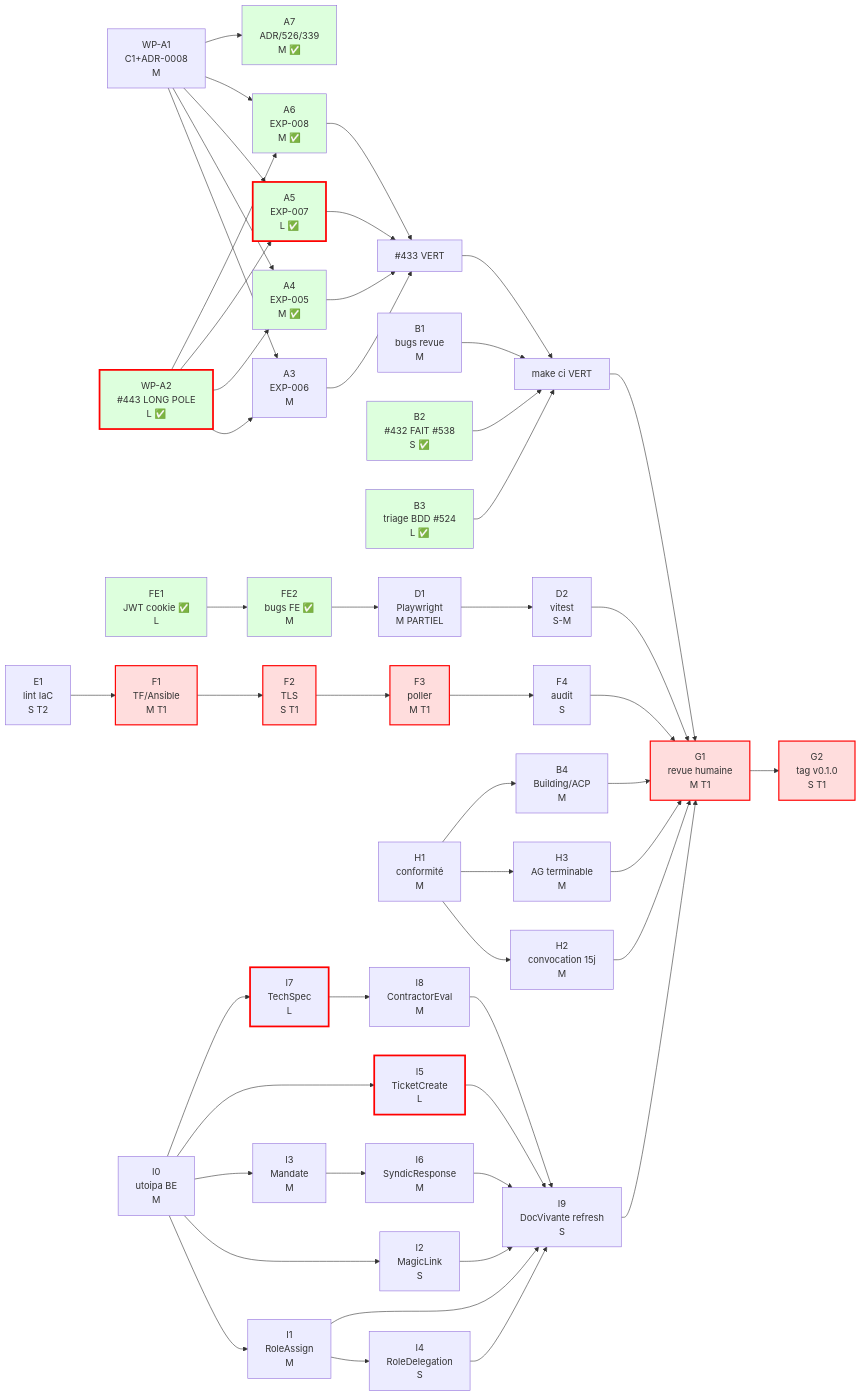
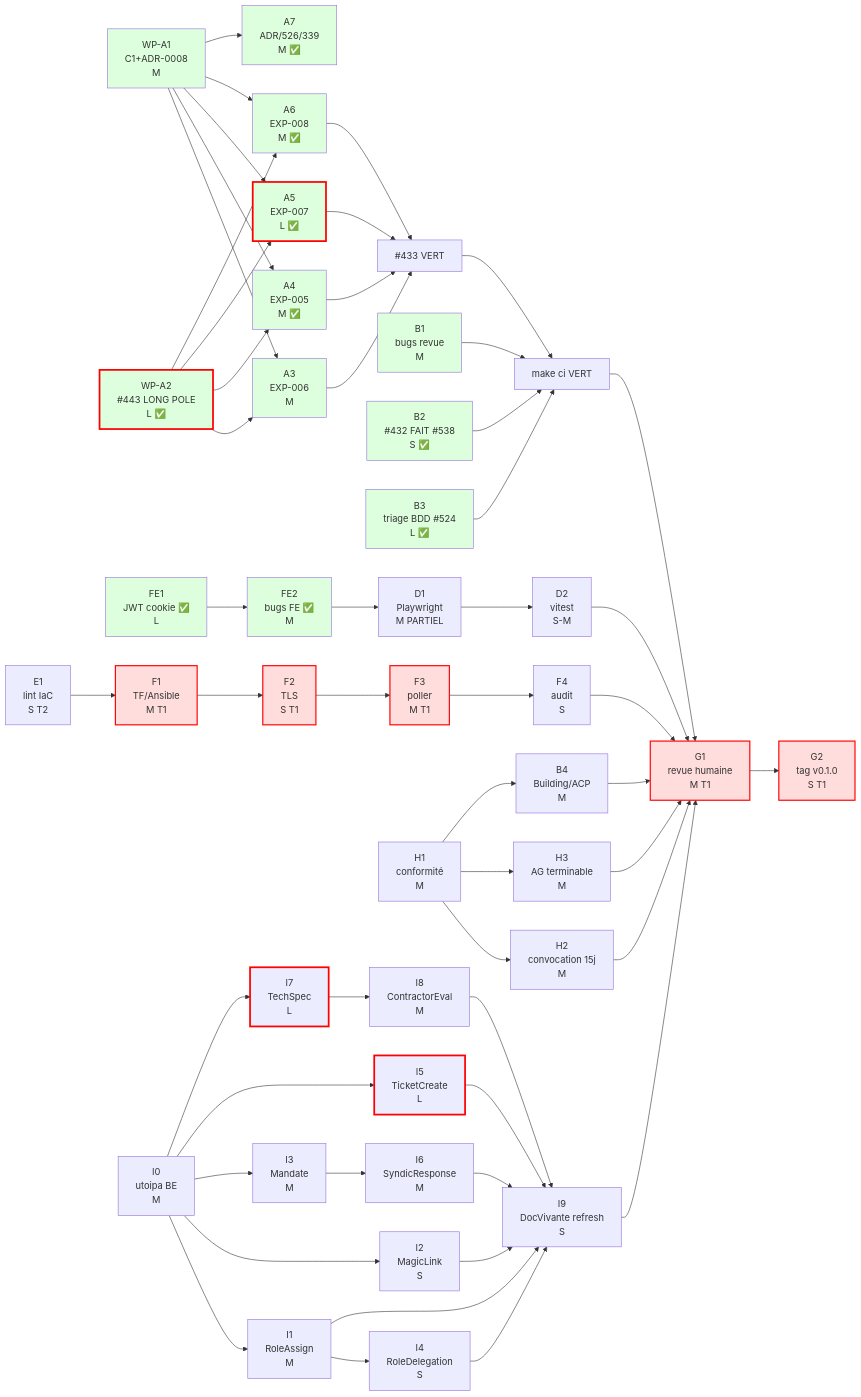
Before and after one commit to gilmry/koprogo: the fourth of 5 diagrams in docs/WBS_GO_LIVE_v0.1.0.md, drawn with Mermaid. The commit also changed other lines of this file and 5 other files, not shown here.

````diff
--- a/docs/WBS_GO_LIVE_v0.1.0.md
+++ b/docs/WBS_GO_LIVE_v0.1.0.md
@@ -363,72 +366,72 @@
 ```mermaid
 graph LR
     %% Track A — Backend Decimal
     A1[WP-A1<br/>C1+ADR-0008<br/>M] --> A3[A3<br/>EXP-006<br/>M]
     A1 --> A4[A4<br/>EXP-005<br/>M ✅]
     A1 --> A5[A5<br/>EXP-007<br/>L ✅]
     A1 --> A6[A6<br/>EXP-008<br/>M ✅]
     A1 --> A7[A7<br/>ADR/526/339<br/>M ✅]
     A2[WP-A2<br/>#443 LONG POLE<br/>L ✅] --> A3
     A2 --> A4
     A2 --> A5
     A2 --> A6
     A3 --> CASCADE[#433 VERT]
     A4 --> CASCADE
     A5 --> CASCADE
     A6 --> CASCADE
 
     %% Track B — Backend autre
     B1[B1<br/>bugs revue<br/>M] --> CI[make ci VERT]
     B2[B2<br/>#432 FAIT #538<br/>S ✅] --> CI
     B3[B3<br/>triage BDD #524<br/>L ✅] --> CI
     CASCADE --> CI
 
     %% Track C — Frontend sécurité
     FE1[FE1<br/>JWT cookie ✅<br/>L] --> FE2[FE2<br/>bugs FE ✅<br/>M]
     FE2 --> D1[D1<br/>Playwright<br/>M PARTIEL]
     D1 --> D2[D2<br/>vitest<br/>S-M]
 
     %% Track E/F — Ops
     E1[E1<br/>lint IaC<br/>S T2] --> F1[F1<br/>TF/Ansible<br/>M T1]
     F1 --> F2[F2<br/>TLS<br/>S T1]
     F2 --> F3[F3<br/>poller<br/>M T1]
     F3 --> F4[F4<br/>audit<br/>S]
 
     %% Track H — Conformité métier
     H1[H1<br/>conformité<br/>M] --> H2[H2<br/>convocation 15j<br/>M]
     H1 --> H3[H3<br/>AG terminable<br/>M]
     H1 --> B4[B4<br/>Building/ACP<br/>M]
 
     %% Track I — Frontend refonte UX (NEW 2026-06-09)
     I0[I0<br/>utoipa BE<br/>M] --> I1[I1<br/>RoleAssign<br/>M]
     I0 --> I2[I2<br/>MagicLink<br/>S]
     I0 --> I3[I3<br/>Mandate<br/>M]
     I0 --> I5[I5<br/>TicketCreate<br/>L]
     I0 --> I7[I7<br/>TechSpec<br/>L]
     I1 --> I4[I4<br/>RoleDelegation<br/>S]
     I3 --> I6[I6<br/>SyndicResponse<br/>M]
     I7 --> I8[I8<br/>ContractorEval<br/>M]
     I1 --> I9[I9<br/>DocVivante refresh<br/>S]
     I2 --> I9
     I4 --> I9
     I5 --> I9
     I6 --> I9
     I8 --> I9
 
     %% Gate
     CI --> G1[G1<br/>revue humaine<br/>M T1]
     D2 --> G1
     F4 --> G1
     H2 --> G1
     H3 --> G1
     B4 --> G1
     I9 --> G1
     G1 --> G2[G2<br/>tag v0.1.0<br/>S T1]
 
     classDef tier1 fill:#fdd,stroke:#f00,stroke-width:2px
     classDef critical stroke:#f00,stroke-width:3px
     classDef done fill:#dfd
     class G1,G2,F1,F2,F3 tier1
     class A2,A5,I5,I7 critical
-    class A2,A4,A5,A6,A7,B2,B3,FE1,FE2 done
+    class A1,A2,A3,A4,A5,A6,A7,B1,B2,B3,FE1,FE2 done
 ```
````
